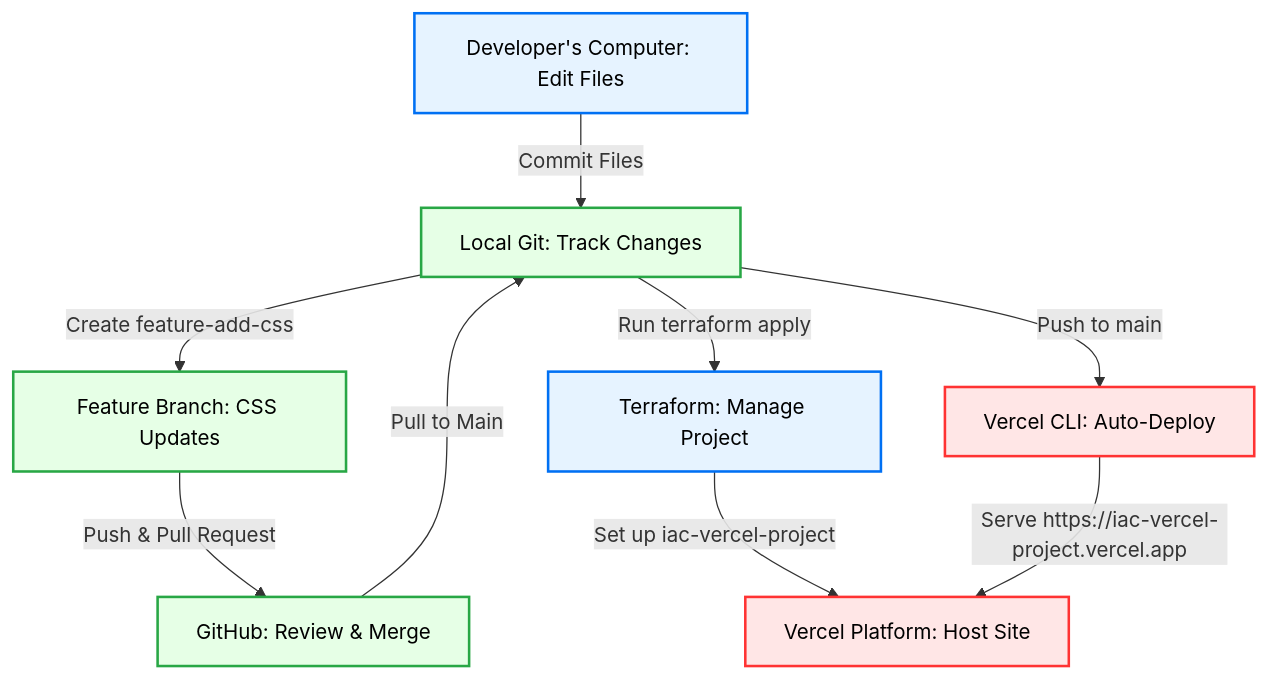
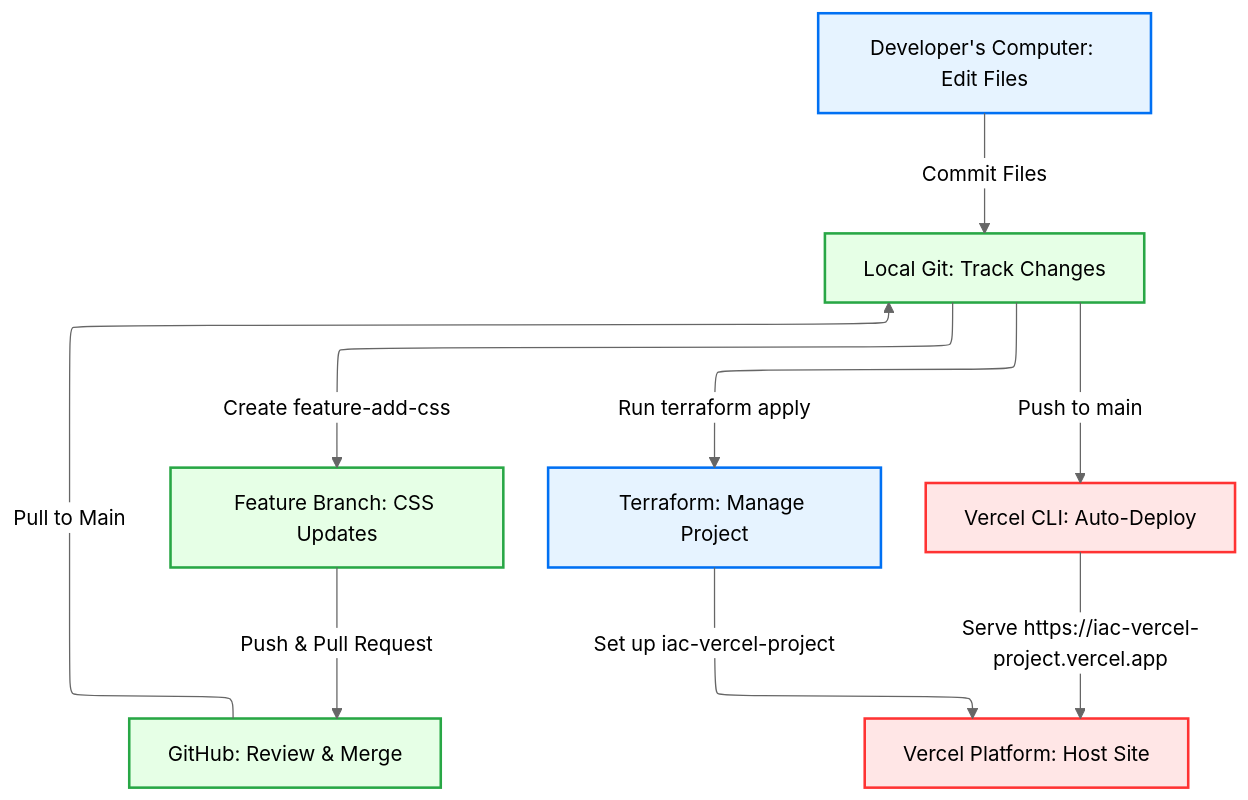
Before and after one commit to Sai240924/IaC_Project: the diagram in README.md, drawn with Mermaid.

Commit message:
Updated architecture diagram

````diff
--- a/README.md
+++ b/README.md
@@ -26,19 +26,28 @@
 ```mermaid
-graph TD
-    A[Developer's Computer: Edit Files] -->|Commit Files| B[Local Git: Track Changes]
-    B -->|Create feature-add-css| C[Feature Branch: CSS Updates]
-    C -->|Push & Pull Request| D[GitHub: Review & Merge]
-    D -->|Pull to Main| B
-    B -->|Run terraform apply| E[Terraform: Manage Project]
-    E -->|Set up iac-vercel-project| G[Vercel Platform: Host Site]
-    B -->|Push to main| F[Vercel CLI: Auto-Deploy]
-    F -->|Serve https://iac-vercel-project.vercel.app| G
+---
+config:
+  layout: elk
+  theme: neutral
+---
+flowchart TD
+    A@{ label: "Developer's Computer: Edit Files" } -- Commit Files --> B["Local Git: Track Changes"]
+    B -- "Create feature-add-css" --> C["Feature Branch: CSS Updates"]
+    C -- Push & Pull Request --> D["GitHub: Review & Merge"]
+    D -- Pull to Main --> B
+    B -- Run terraform apply --> E["Terraform: Manage Project"]
+    E -- "Set up iac-vercel-project" --> G["Vercel Platform: Host Site"]
+    B -- Push to main --> F["Vercel CLI: Auto-Deploy"]
+    F -- "Serve https://iac-vercel-project.vercel.app" --> G
+    A@{ shape: rect}
+     A:::component
+     B:::git
+     C:::git
+     D:::git
+     E:::component
+     G:::vercel
+     F:::vercel
+    classDef component fill:#e6f3ff,stroke:#0070f3,stroke-width:2px,color:#000
+    classDef git fill:#e6ffe6,stroke:#28a745,stroke-width:2px,color:#000
+    classDef vercel fill:#ffe6e6,stroke:#ff3333,stroke-width:2px,color:#000
 
-    classDef component fill:#e6f3ff,stroke:#0070f3,stroke-width:2px,color:#000;
-    classDef git fill:#e6ffe6,stroke:#28a745,stroke-width:2px,color:#000;
-    classDef vercel fill:#ffe6e6,stroke:#ff3333,stroke-width:2px,color:#000;
-
-    class A,E component;
-    class B,C,D git;
-    class F,G vercel;
 ```
````
